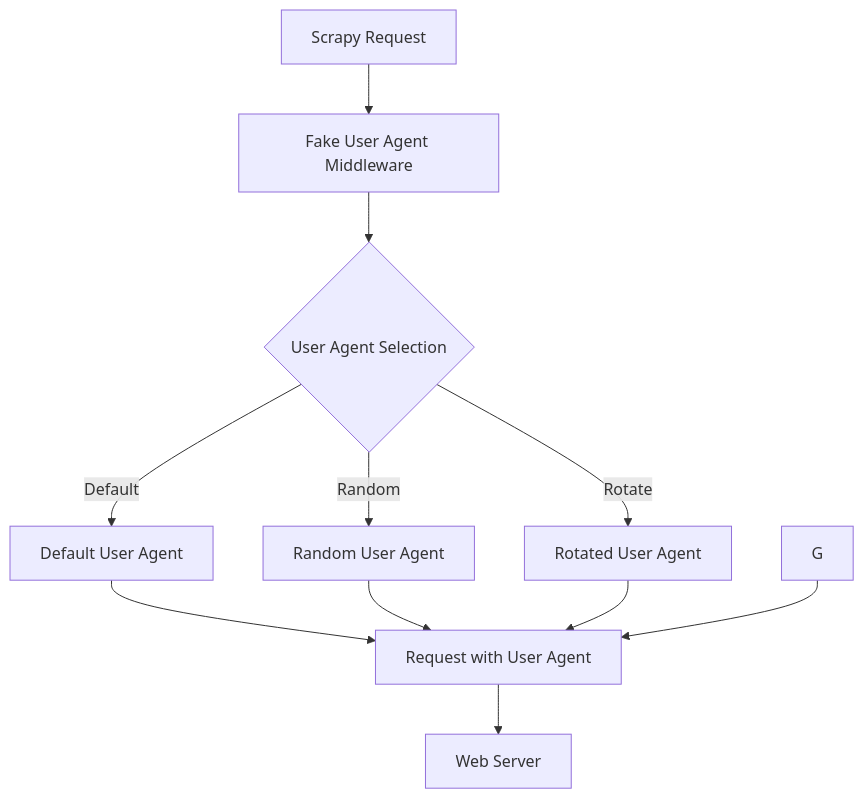
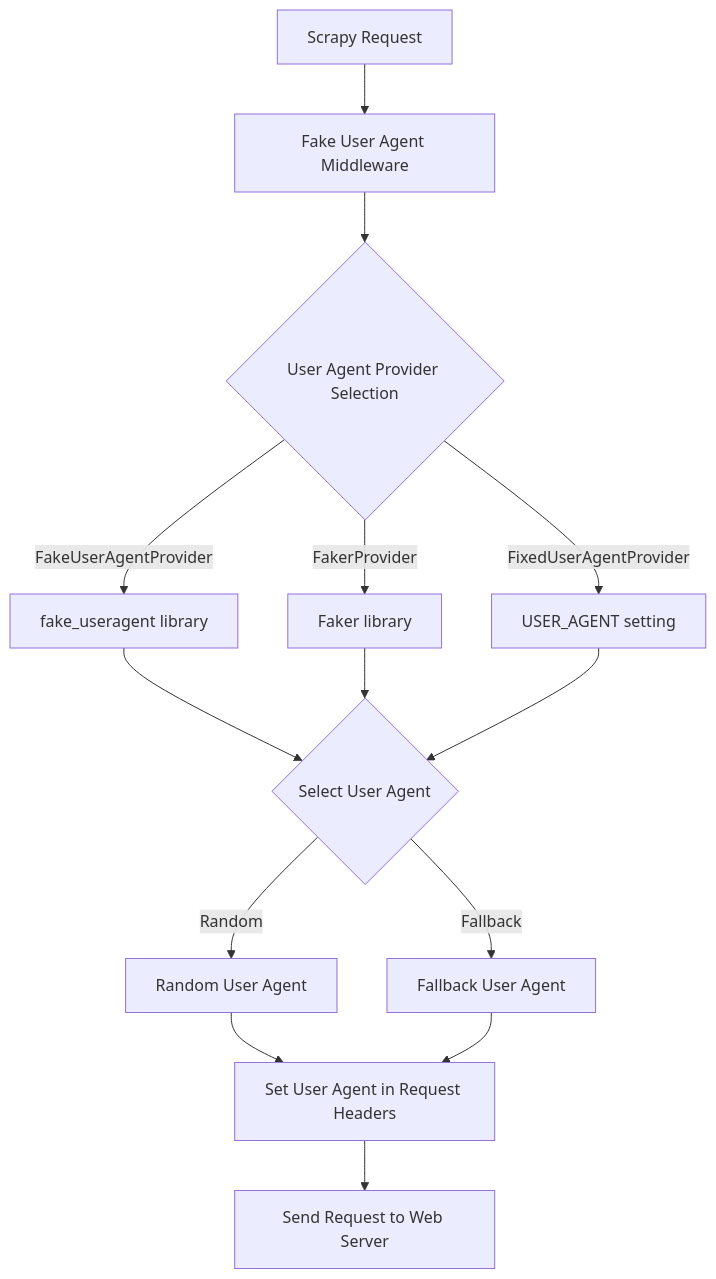
Before and after one commit to joe41203/code-kitchen: the diagram in src/content/articles/00006-scrapy-web-fake-user-agent-management/index.mdx, drawn with Mermaid. The commit also changed other lines of this file, not shown here.

Commit message:
Explain Scrapy Fake User Agent operation principle

````diff
--- a/src/content/articles/00006-scrapy-web-fake-user-agent-management/index.mdx
+++ b/src/content/articles/00006-scrapy-web-fake-user-agent-management/index.mdx
@@ -180,13 +180,16 @@
 ```mermaid
 graph TB
     A[Scrapy Request] --> B[Fake User Agent Middleware]
-    B --> C{User Agent Selection}
-    C -->|Default| D[Default User Agent]
-    C -->|Random| E[Random User Agent]
-    C -->|Rotate| F[Rotated User Agent]
-    D --> H[Request with User Agent]
-    E --> H
-    F --> H
-    G --> H
-    H --> I[Web Server]
+    B --> C{User Agent Provider Selection}
+    C -->|FakeUserAgentProvider| D[fake_useragent library]
+    C -->|FakerProvider| E[Faker library]
+    C -->|FixedUserAgentProvider| F[USER_AGENT setting]
+    D --> G{Select User Agent}
+    E --> G
+    F --> G
+    G -->|Random| H[Random User Agent]
+    G -->|Fallback| I[Fallback User Agent]
+    H --> J[Set User Agent in Request Headers]
+    I --> J
+    J --> K[Send Request to Web Server]
 ```
````
